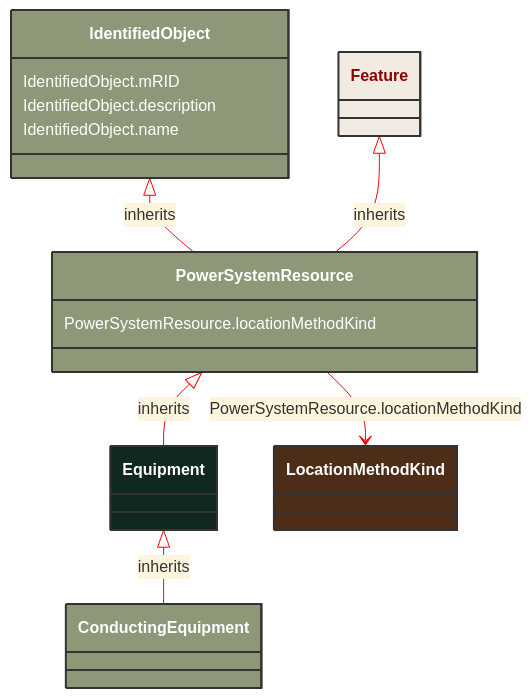
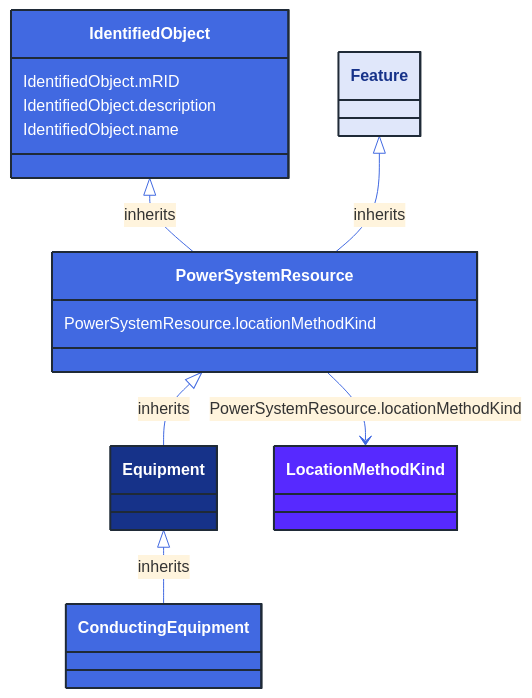
Before and after one commit to 3lbits/NoCIMExtensions: the diagram in docs/Models/Profiles/AviationObstacle/AbstractClasses/Equipment.md, drawn with Mermaid. The commit also changed 362 other files, not shown here.

First line of the commit message:
Update diagrams and styles for improved visual consistency

````diff
--- a/docs/Models/Profiles/AviationObstacle/AbstractClasses/Equipment.md
+++ b/docs/Models/Profiles/AviationObstacle/AbstractClasses/Equipment.md
@@ -10,37 +10,37 @@
 ```mermaid
-%%{init: {'theme':'base','themeVariables': {'lineColor': '#FF0000'}}}%%
+%%{init: {'theme':'base','themeVariables': {'lineColor': '#4169E1'}}}%%
 classDiagram
     class Equipment
     click Equipment href "/Models/Profiles/AviationObstacle/AbstractClasses/Equipment/"
-    style Equipment fill:#102820,stroke:#333,stroke-width:2px,rx:10,ry:10,color:white
+    style Equipment fill:#163289,stroke:#1F2A37,stroke-width:2px,rx:10,ry:10,color:white
 
         Equipment <|-- ConductingEquipment : inherits
 
         ConductingEquipment
             click ConductingEquipment href "/Models/Profiles/AviationObstacle/AbstractClasses/ConductingEquipment/"
-            style ConductingEquipment fill:#8F9779,stroke:#333,stroke-width:2px,rx:10,ry:10,color:white
+            style ConductingEquipment fill:#4169E1,stroke:#1F2A37,stroke-width:2px,rx:10,ry:10,color:white
      
         PowerSystemResource <|-- Equipment : inherits
             click PowerSystemResource href "/Models/Profiles/AviationObstacle/AbstractClasses/PowerSystemResource/"
-            style PowerSystemResource fill:#8F9779,stroke:#333,stroke-width:2px,rx:10,ry:10,color:white
+            style PowerSystemResource fill:#4169E1,stroke:#1F2A37,stroke-width:2px,rx:10,ry:10,color:white
      
         IdentifiedObject <|-- PowerSystemResource : inherits
             click IdentifiedObject href "/Models/Profiles/AviationObstacle/AbstractClasses/IdentifiedObject/"
-            style IdentifiedObject fill:#8F9779,stroke:#333,stroke-width:2px,rx:10,ry:10,color:white
+            style IdentifiedObject fill:#4169E1,stroke:#1F2A37,stroke-width:2px,rx:10,ry:10,color:white
 
         Feature <|-- PowerSystemResource : inherits
             click Feature href "/Models/Profiles/AviationObstacle/AbstractClasses/Feature/"
-            style Feature fill:#F2EBE2,stroke:#333,stroke-width:2px,rx:10,ry:10,color:#8A0303
+            style Feature fill:#E0E7FA,stroke:#1F2A37,stroke-width:2px,rx:10,ry:10,color:#163289
 
 
         PowerSystemResource --> LocationMethodKind : PowerSystemResource.locationMethodKind
 
         LocationMethodKind
             click LocationMethodKind href "/Models/Profiles/AviationObstacle/Enumerations/LocationMethodKind/"
-            style LocationMethodKind fill:#4D2D18,stroke:#333,stroke-width:2px,rx:10,ry:10,color:white
+            style LocationMethodKind fill:#5729FF,stroke:#1F2A37,stroke-width:2px,rx:10,ry:10,color:white
 
         PowerSystemResource : PowerSystemResource.locationMethodKind
         IdentifiedObject : IdentifiedObject.mRID
         IdentifiedObject : IdentifiedObject.description
         IdentifiedObject : IdentifiedObject.name
 ```
````
